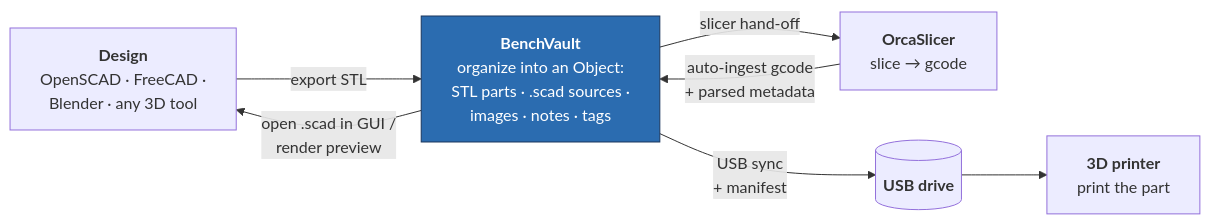
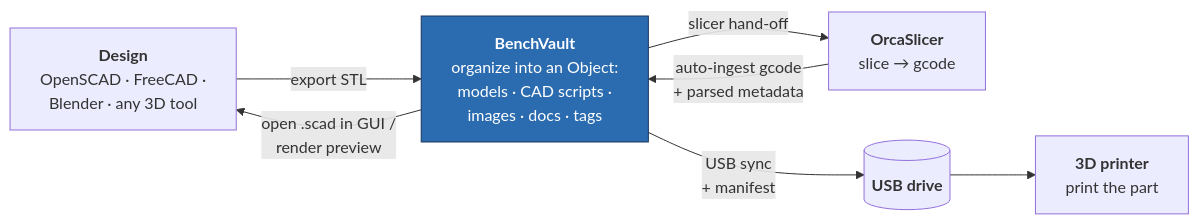
One commit to manzari/BenchVault changed the diagram in README.md. Above: the diagram before and after it, drawn with Mermaid. The commit also changed other lines of this file and 17 other files, not shown here.

````diff
--- a/README.md
+++ b/README.md
@@ -13,13 +13,13 @@
 ```mermaid
 flowchart LR
     A["<b>Design</b><br/>OpenSCAD · FreeCAD ·<br/>Blender · any 3D tool"] -->|export STL| B
-    B["<b>BenchVault</b><br/>organize into an Object:<br/>STL parts · .scad sources ·<br/>images · notes · tags"]
+    B["<b>BenchVault</b><br/>organize into an Object:<br/>models · CAD scripts ·<br/>images · docs · tags"]
     B -->|open .scad in GUI /<br/>render preview| A
     B -->|slicer hand-off| C["<b>OrcaSlicer</b><br/>slice → gcode"]
     C -->|auto-ingest gcode<br/>+ parsed metadata| B
     B -->|USB sync<br/>+ manifest| D[("<b>USB drive</b>")]
     D --> E["<b>3D printer</b><br/>print the part"]
 
     classDef hub fill:#2b6cb0,stroke:#1a365d,color:#fff;
     class B hub;
 ```
````
